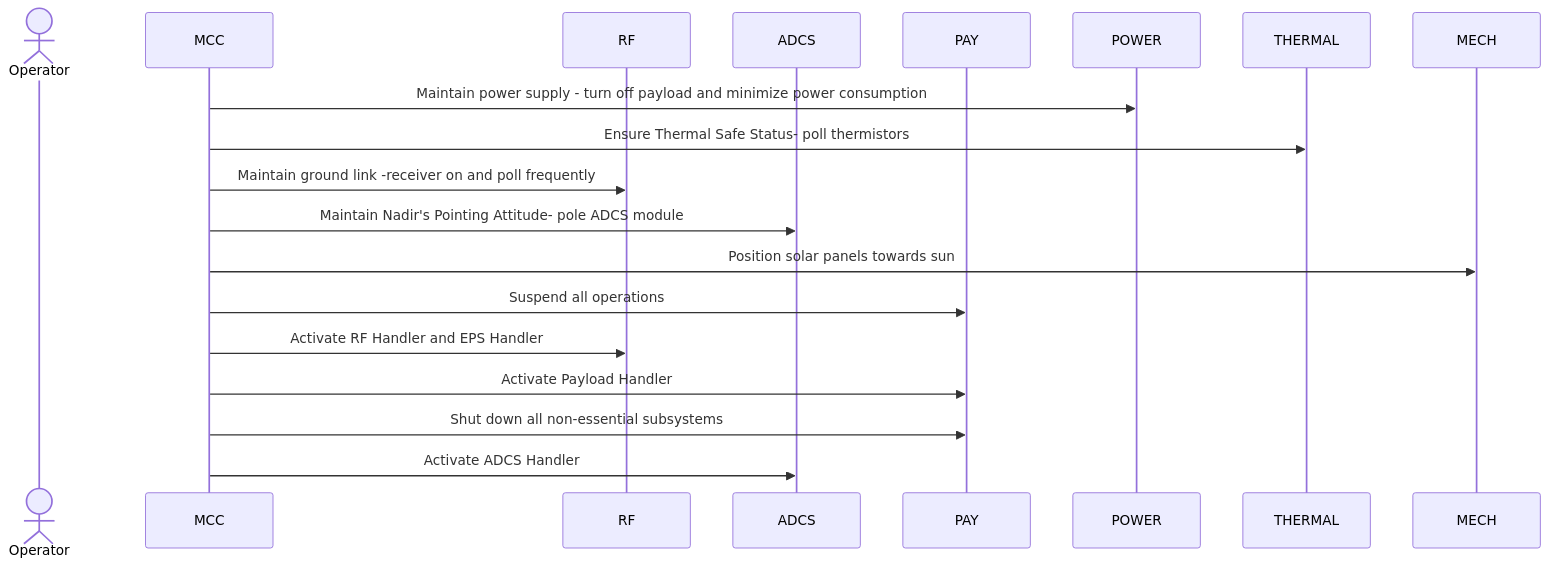
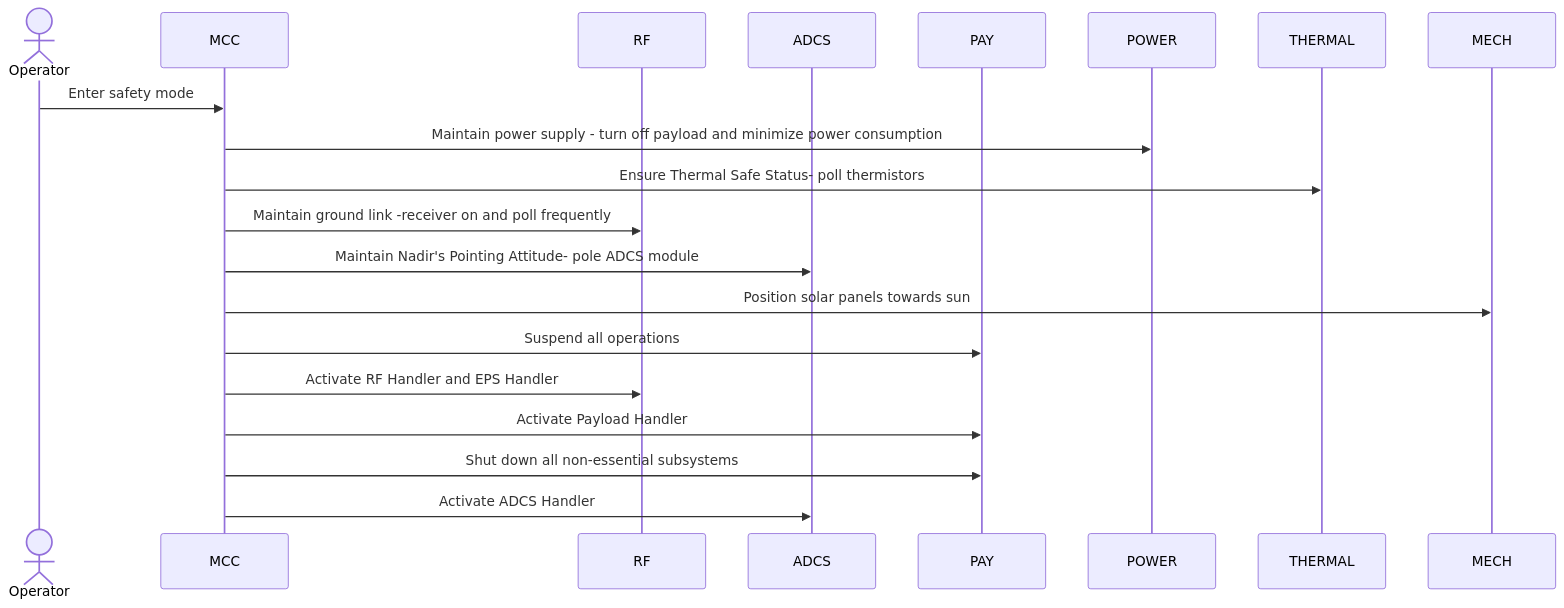
The diagram in command sequences/safety-command-sequence.md (utat-ss/FINCH-sequence-diagrams), drawn with Mermaid before and after one commit.

````diff
--- a/command sequences/safety-command-sequence.md
+++ b/command sequences/safety-command-sequence.md
@@ -2,23 +2,24 @@
 ```mermaid
 sequenceDiagram
     Actor Operator
     participant MCC
     participant RF
     participant ADCS
     participant PAY
     participant POWER
     participant THERMAL
     participant MECH
+    Operator ->> MCC: Enter safety mode 
     MCC ->> POWER: Maintain power supply - turn off payload and minimize power consumption 
     MCC ->> THERMAL: Ensure Thermal Safe Status- poll thermistors
     MCC ->> RF: Maintain ground link -receiver on and poll frequently
     MCC ->> ADCS: Maintain Nadir's Pointing Attitude- pole ADCS module
     MCC ->> MECH: Position solar panels towards sun 
     MCC ->> PAY: Suspend all operations 
     MCC ->> RF: Activate RF Handler and EPS Handler 
     MCC ->> PAY: Activate Payload Handler
     MCC ->> PAY: Shut down all non-essential subsystems
     MCC ->> ADCS: Activate ADCS Handler
 
     
 ```
````
